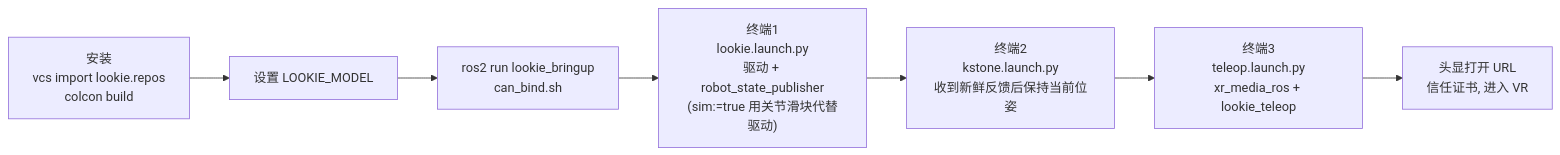
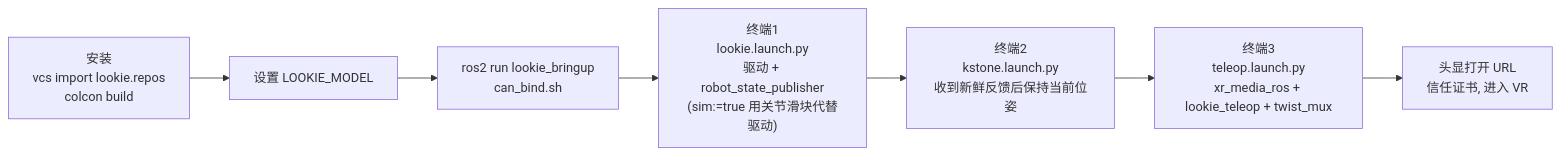
One commit to AgilexOpensource/lookie_ros changed the second of 7 diagrams in docs/architecture.zh-CN.md. Above: the diagram before and after it, drawn with Mermaid. The commit also changed other lines of this file and 23 other files, not shown here.

````diff
--- a/docs/architecture.zh-CN.md
+++ b/docs/architecture.zh-CN.md
@@ -77,9 +79,9 @@
 ```mermaid
 flowchart LR
     S0["安装<br/>vcs import lookie.repos<br/>colcon build"] --> S1["设置 LOOKIE_MODEL"]
     S1 --> S2["ros2 run lookie_bringup<br/>can_bind.sh"]
     S2 --> S3["终端1<br/>lookie.launch.py<br/>驱动 + robot_state_publisher<br/>(sim:=true 用关节滑块代替驱动)"]
     S3 --> S4["终端2<br/>kstone.launch.py<br/>收到新鲜反馈后保持当前位姿"]
-    S4 --> S5["终端3<br/>teleop.launch.py<br/>xr_media_ros + lookie_teleop"]
+    S4 --> S5["终端3<br/>teleop.launch.py<br/>xr_media_ros + lookie_teleop + twist_mux"]
     S5 --> S6["头显打开 URL<br/>信任证书, 进入 VR"]
 ```
````
